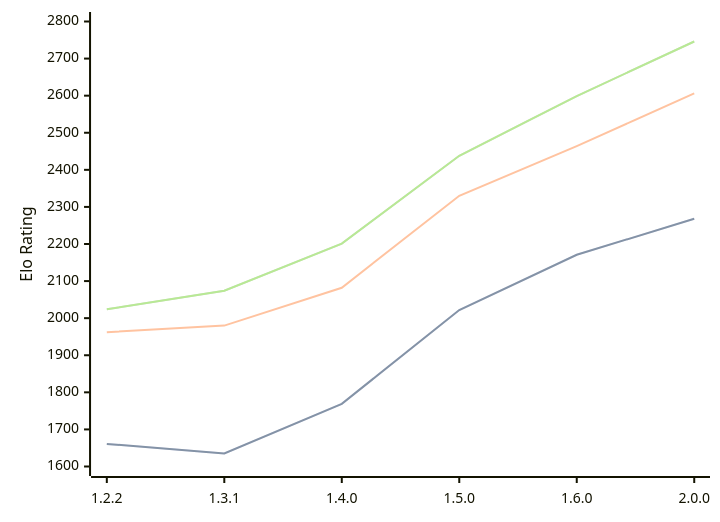
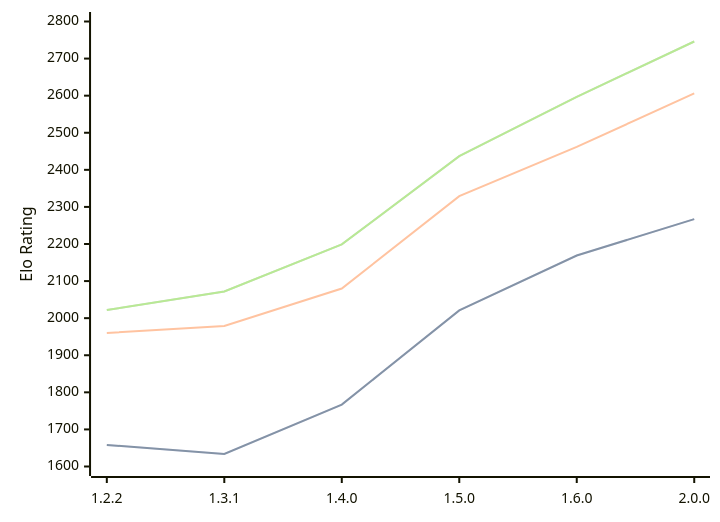
Before and after one commit to computer-chess-index/cci: the diagram in engines/SoloEngine.md, drawn with Mermaid. The commit also changed other lines of this file, not shown here.

Commit message:
Update CCI Ratings (ELO VLTC) - 2026-06-07

````diff
--- a/engines/SoloEngine.md
+++ b/engines/SoloEngine.md
@@ -37,11 +38,11 @@
 ```mermaid
 %%{init: {"theme":"base","themeVariables":{"seriesColors:['#a3a3a3','#222221','#faa371']}}}%%
 xychart-beta
   x-axis ["1.2.2", "1.3.1", "1.4.0", "1.5.0", "1.6.0", "2.0.0"]
   y-axis "Elo Rating" 1600 --> 2800
-  line "STC (8.0+0.08s)" [1661, 1635, 1769, 2022, 2171, 2268]
-  line "STC (8.0+0.08s)" [1661, 1635, 1769, 2022, 2171, 2268]
-  line "LTC (60.0+0.60s)" [1962, 1980, 2082, 2330, 2464, 2606]
-  line "VLTC (2m24s+1.12s)" [2024, 2074, 2201, 2438, 2599, 2746]
-  line "VLTC (2m24s+1.12s)" [2024, 2074, 2201, 2438, 2599, 2746]
+  line "STC (8.0+0.08s)" [1658, 1634, 1767, 2021, 2169, 2267]
+  line "STC (8.0+0.08s)" [1658, 1634, 1767, 2021, 2169, 2267]
+  line "LTC (60.0+0.60s)" [1960, 1979, 2080, 2329, 2462, 2606]
+  line "VLTC (2m24s+1.12s)" [2022, 2072, 2199, 2437, 2597, 2746]
+  line "VLTC (2m24s+1.12s)" [2022, 2072, 2199, 2437, 2597, 2746]
 ```
````
